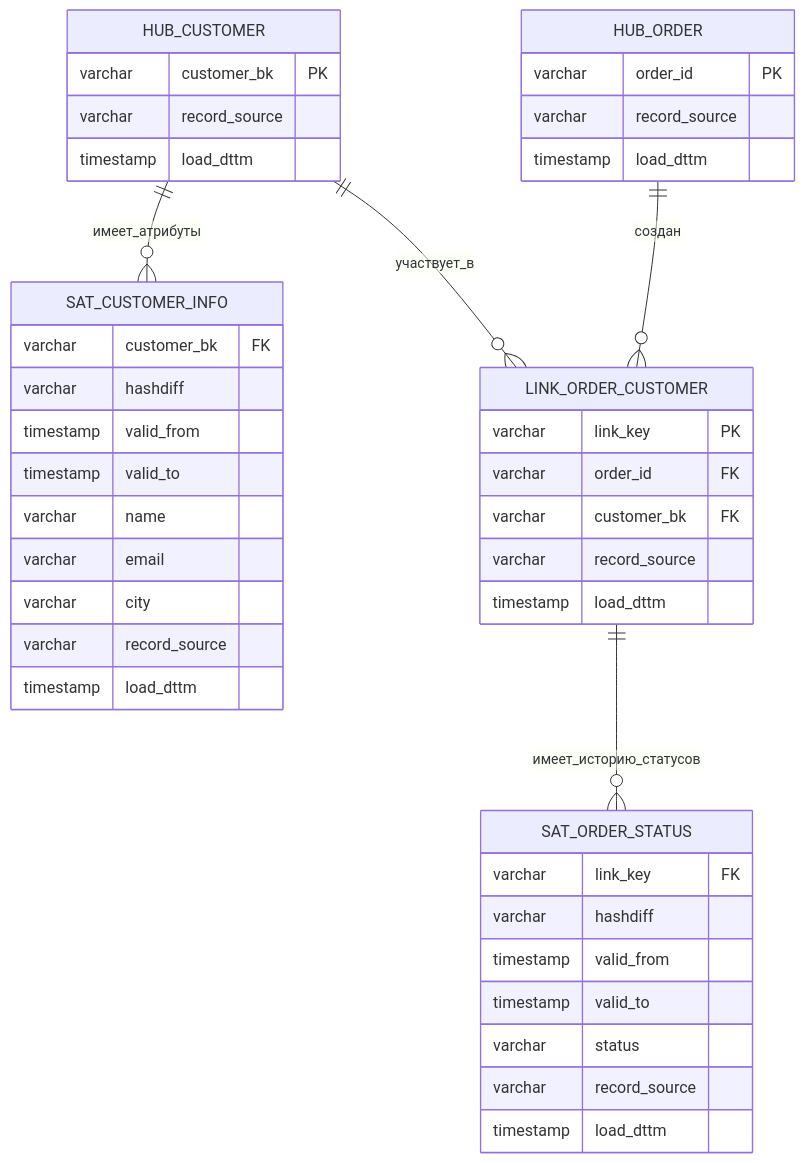
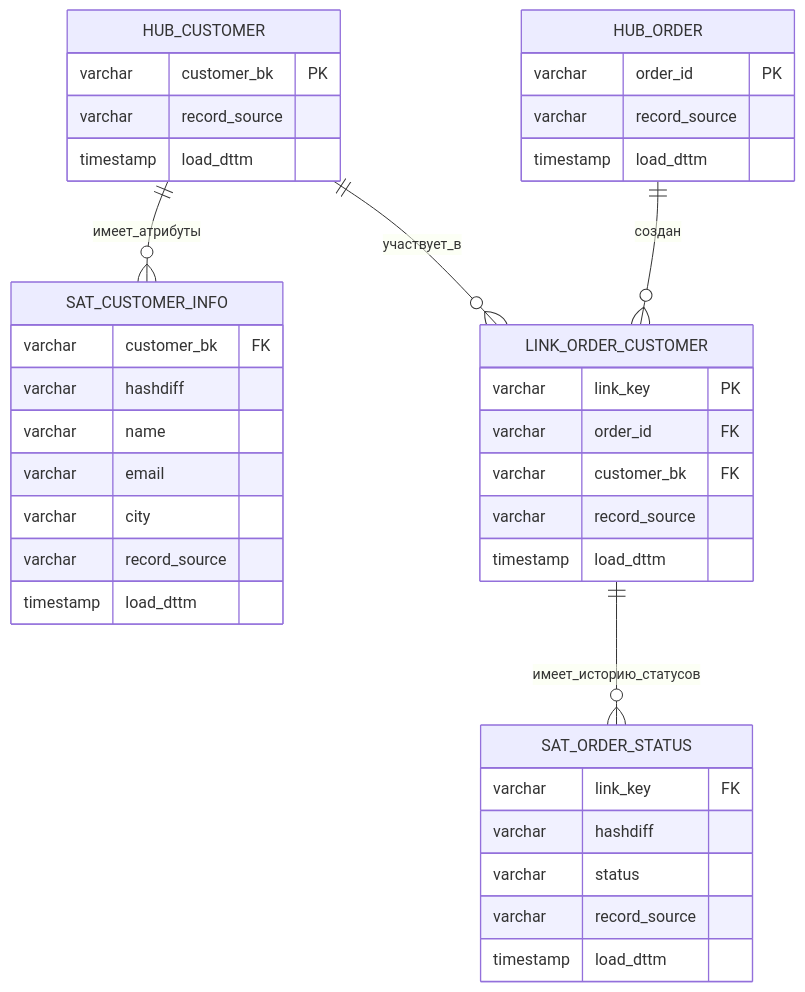
Before and after one commit to dementev-dev/de-roadmap: the first of 2 diagrams in dwh-modeling/DataVault.md, drawn with Mermaid. The commit also changed other lines of this file, not shown here.

````diff
--- a/dwh-modeling/DataVault.md
+++ b/dwh-modeling/DataVault.md
@@ -70,49 +70,45 @@
 ```mermaid
 erDiagram
     HUB_CUSTOMER ||--o{ SAT_CUSTOMER_INFO : имеет_атрибуты
     HUB_CUSTOMER ||--o{ LINK_ORDER_CUSTOMER : участвует_в
     HUB_ORDER ||--o{ LINK_ORDER_CUSTOMER : создан
     LINK_ORDER_CUSTOMER ||--o{ SAT_ORDER_STATUS : имеет_историю_статусов
 
     HUB_CUSTOMER {
         varchar customer_bk PK
         varchar record_source
         timestamp load_dttm
     }
     
     HUB_ORDER {
         varchar order_id PK
         varchar record_source
         timestamp load_dttm
     }
     
     LINK_ORDER_CUSTOMER {
         varchar link_key PK
         varchar order_id FK
         varchar customer_bk FK
         varchar record_source
         timestamp load_dttm
     }
     
     SAT_CUSTOMER_INFO {
         varchar customer_bk FK
         varchar hashdiff
-        timestamp valid_from
-        timestamp valid_to
         varchar name
         varchar email
         varchar city
         varchar record_source
         timestamp load_dttm
     }
     
     SAT_ORDER_STATUS {
         varchar link_key FK
         varchar hashdiff
-        timestamp valid_from
-        timestamp valid_to
         varchar status
         varchar record_source
         timestamp load_dttm
     }
 ```
````
